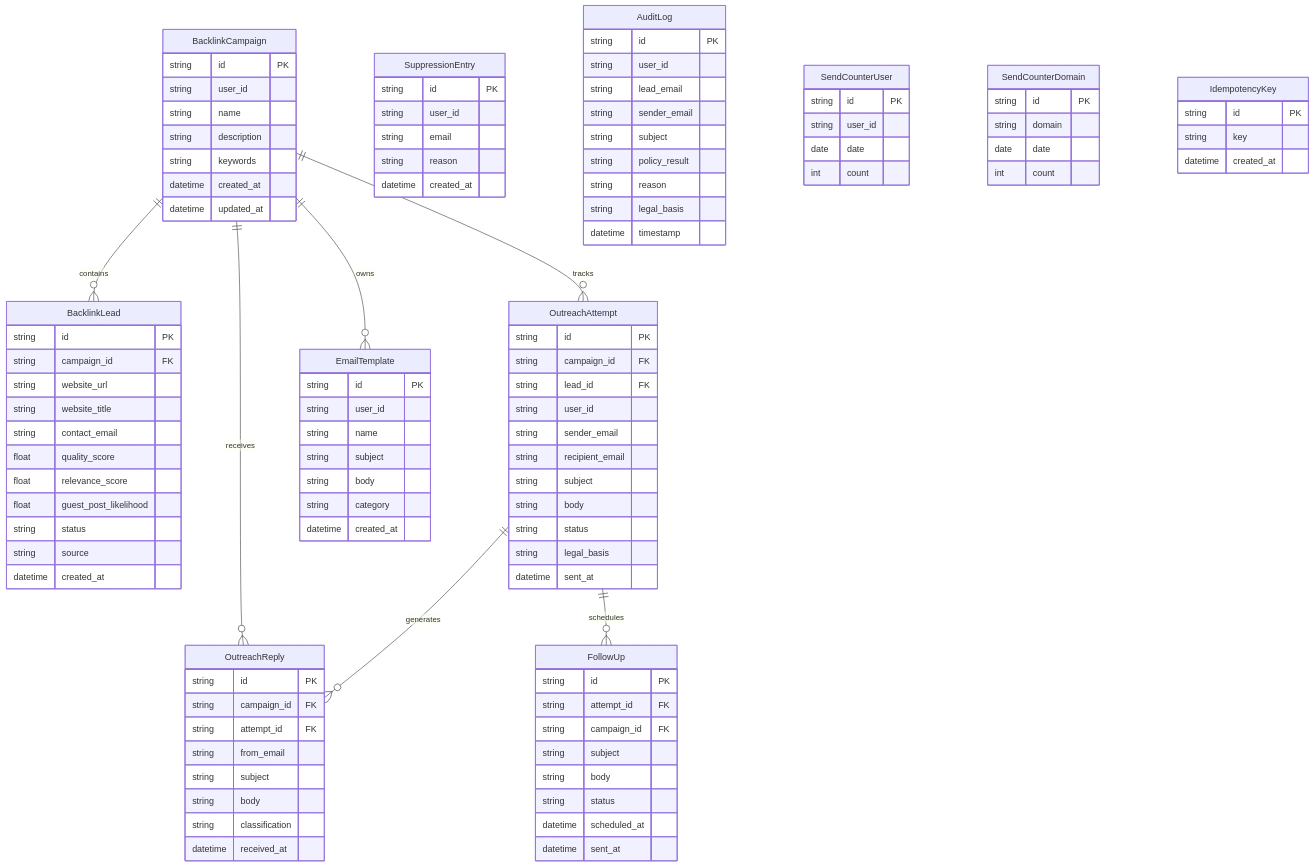
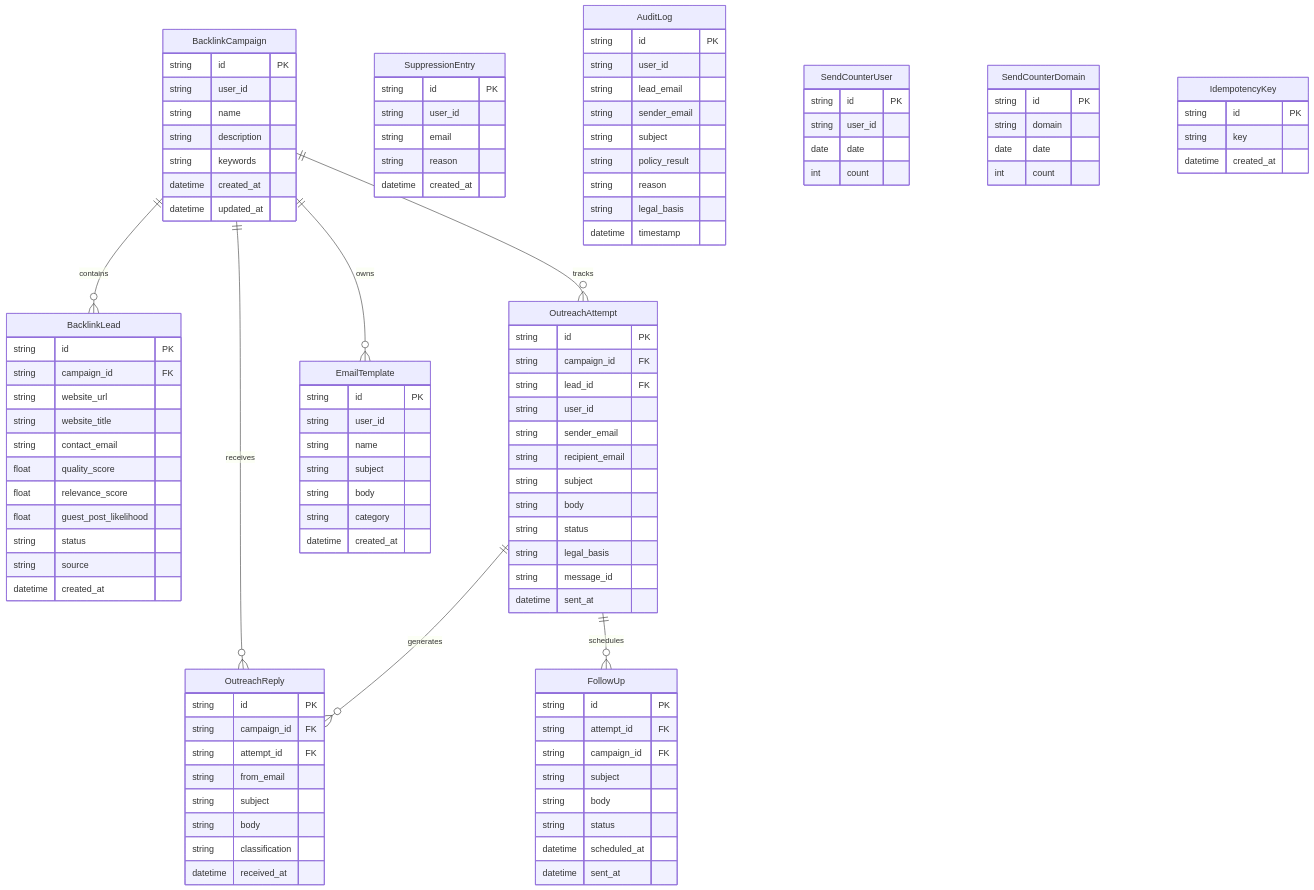
Before and after one commit to AJaySi/ALwrity: the second of 3 diagrams in docs-site/docs/features/backlink-outreach/implementation-overview.md, drawn with Mermaid. The commit also changed other lines of this file and 73 other files, not shown here.

```diff
--- a/docs-site/docs/features/backlink-outreach/implementation-overview.md
+++ b/docs-site/docs/features/backlink-outreach/implementation-overview.md
@@ -109,6 +111,7 @@
         string body
         string status
         string legal_basis
+        string message_id
         datetime sent_at
     }
     OutreachReply {
```
